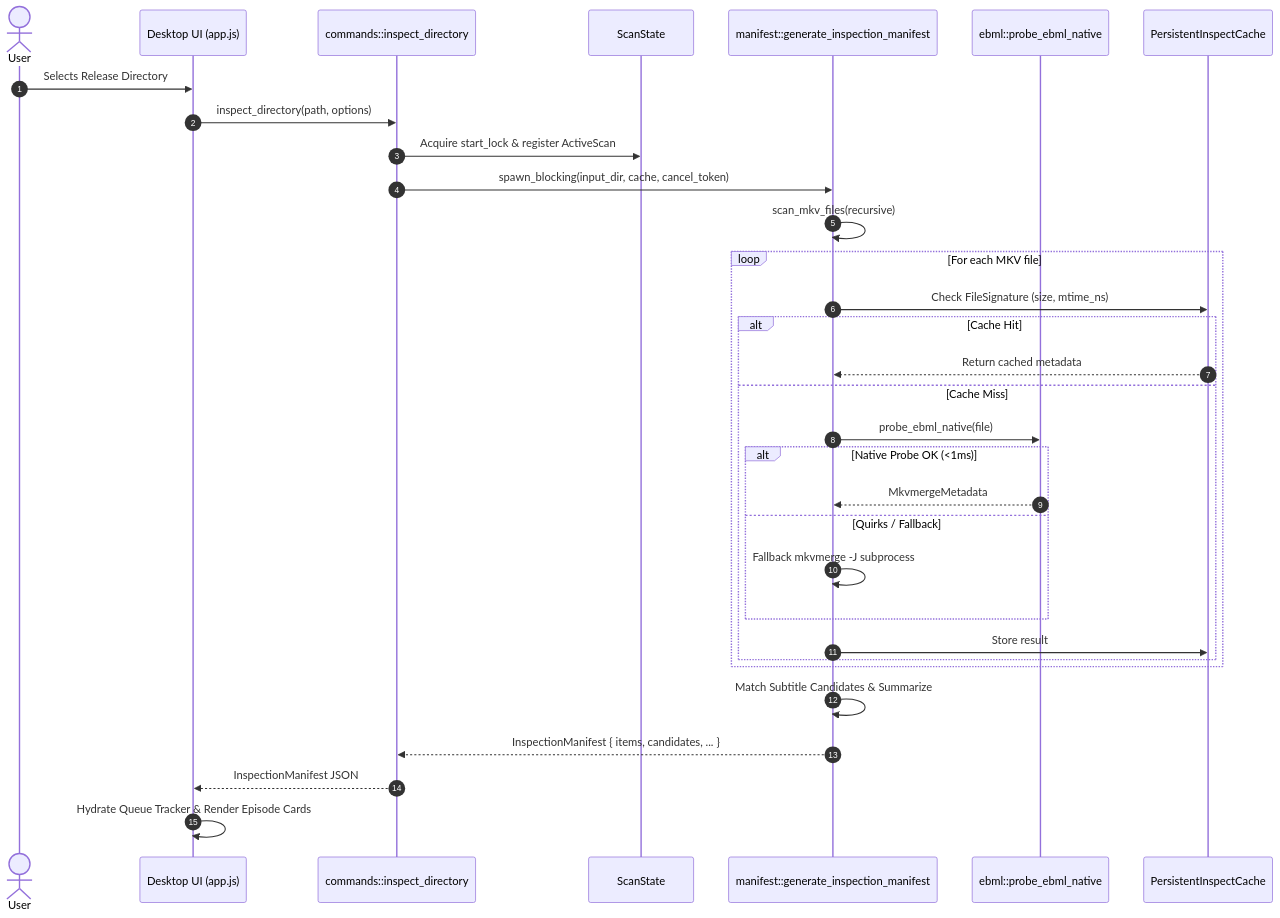
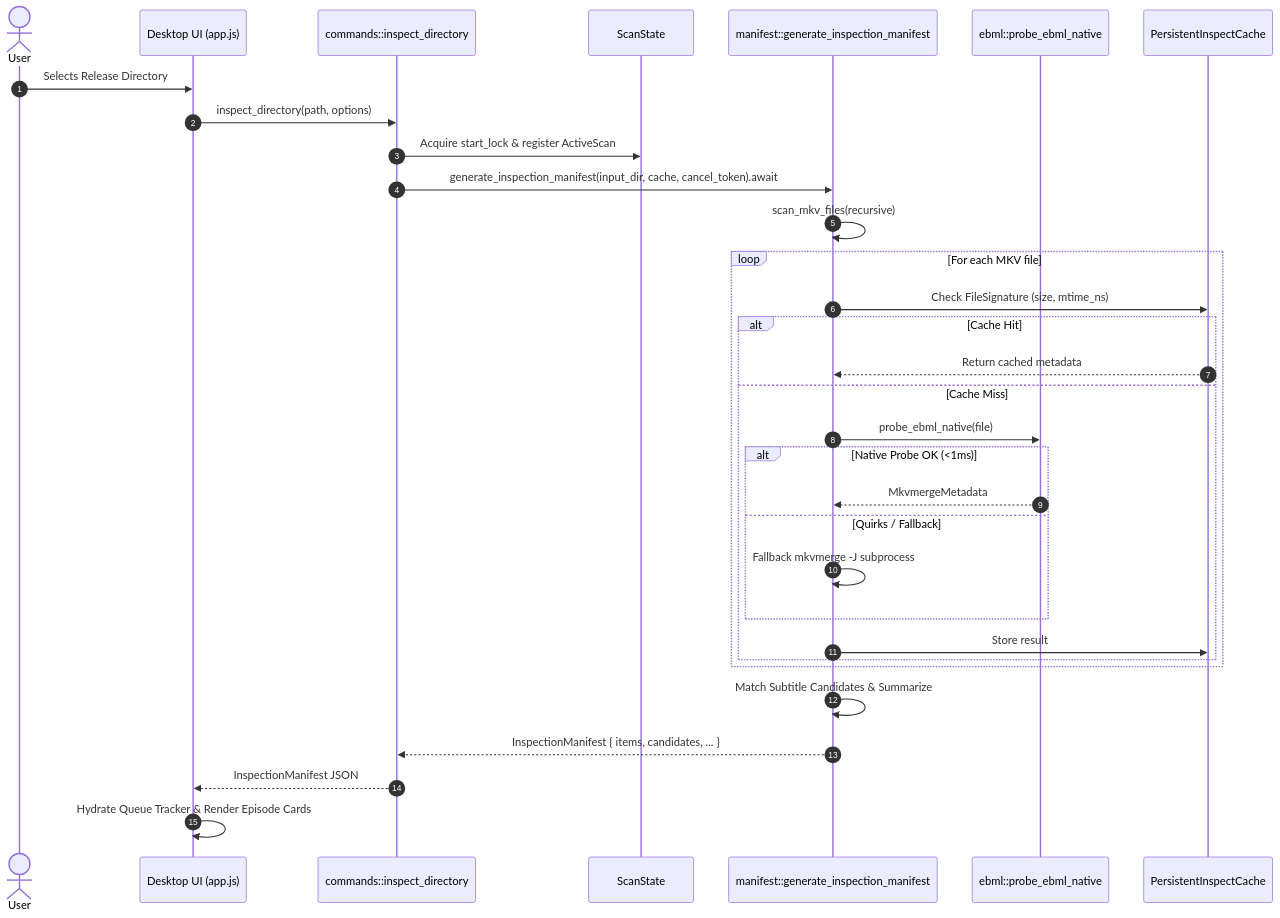
Before and after one commit to Si-Forces/mkvanimebatch: the seventh of 8 diagrams in architecture.md, drawn with Mermaid. The commit also changed other lines of this file and 5 other files, not shown here.

````diff
--- a/architecture.md
+++ b/architecture.md
@@ -518,35 +520,35 @@
 ```mermaid
 sequenceDiagram
     autonumber
     actor User
     participant UI as Desktop UI (app.js)
     participant Cmd as commands::inspect_directory
     participant Proc as ScanState
     participant Core as manifest::generate_inspection_manifest
     participant EBML as ebml::probe_ebml_native
     participant Cache as PersistentInspectCache
 
     User->>UI: Selects Release Directory
     UI->>Cmd: inspect_directory(path, options)
     Cmd->>Proc: Acquire start_lock & register ActiveScan
-    Cmd->>Core: spawn_blocking(input_dir, cache, cancel_token)
+    Cmd->>Core: generate_inspection_manifest(input_dir, cache, cancel_token).await
     Core->>Core: scan_mkv_files(recursive)
     loop For each MKV file
         Core->>Cache: Check FileSignature (size, mtime_ns)
         alt Cache Hit
             Cache-->>Core: Return cached metadata
         else Cache Miss
             Core->>EBML: probe_ebml_native(file)
             alt Native Probe OK (<1ms)
                 EBML-->>Core: MkvmergeMetadata
             else Quirks / Fallback
                 Core->>Core: Fallback mkvmerge -J subprocess
             end
             Core->>Cache: Store result
         end
     end
     Core->>Core: Match Subtitle Candidates & Summarize
     Core-->>Cmd: InspectionManifest { items, candidates, ... }
     Cmd-->>UI: InspectionManifest JSON
     UI->>UI: Hydrate Queue Tracker & Render Episode Cards
 ```
````
